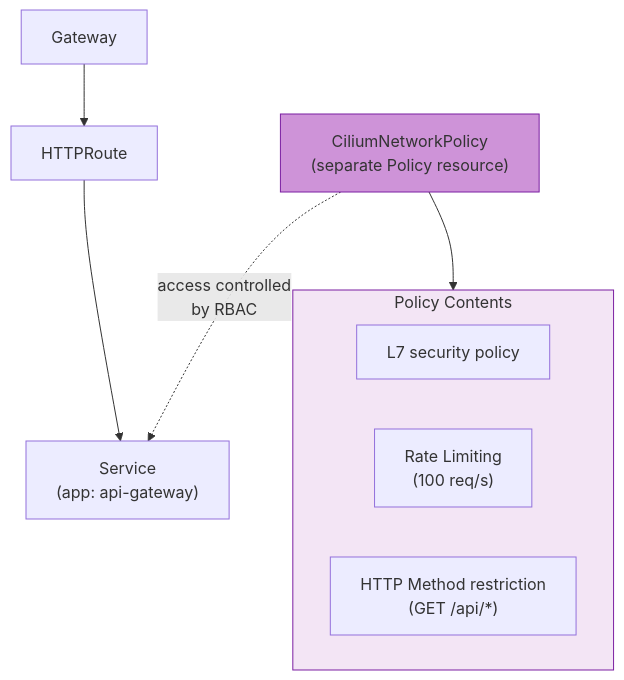
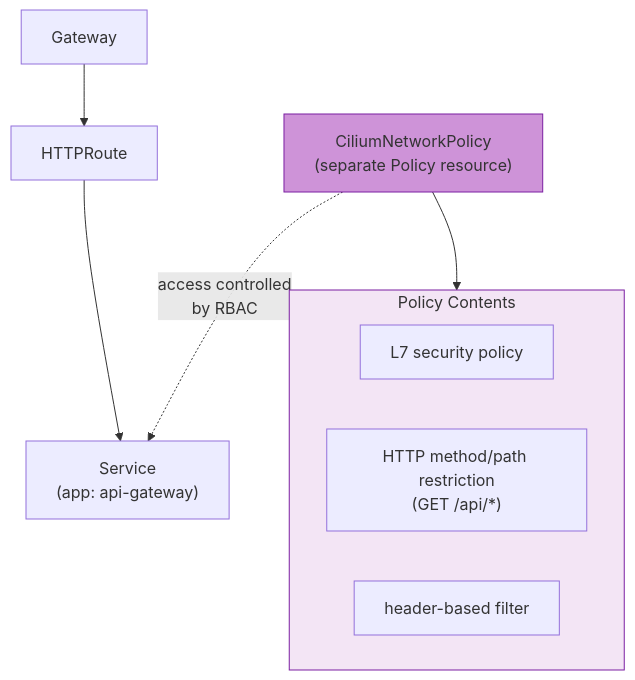
One commit to devfloor9/engineering-playbook changed the fifth of 7 diagrams in docs/eks-best-practices/networking-performance/gateway-api-adoption-guide/index.md. Above: the diagram before and after it, drawn with Mermaid. The commit also changed other lines of this file and 11 other files, not shown here.

````diff
--- a/docs/eks-best-practices/networking-performance/gateway-api-adoption-guide/index.md
+++ b/docs/eks-best-practices/networking-performance/gateway-api-adoption-guide/index.md
@@ -349,20 +349,20 @@
 ```mermaid
 flowchart TB
     gw["Gateway"] --> hr["HTTPRoute"]
     hr --> svc["Service<br/>(app: api-gateway)"]
 
     policy["CiliumNetworkPolicy<br/>(separate Policy resource)"]
     policy -.->|"access controlled<br/>by RBAC"| svc
 
     subgraph policy_detail["Policy Contents"]
         direction LR
         l7["L7 security policy"]
-        rate["Rate Limiting<br/>(100 req/s)"]
-        method["HTTP Method restriction<br/>(GET /api/*)"]
+        method["HTTP method/path restriction<br/>(GET /api/*)"]
+        header["header-based filter"]
     end
 
     policy --> policy_detail
 
     style policy fill:#ce93d8,stroke:#7b1fa2
     style policy_detail fill:#f3e5f5,stroke:#7b1fa2
 ```
````
